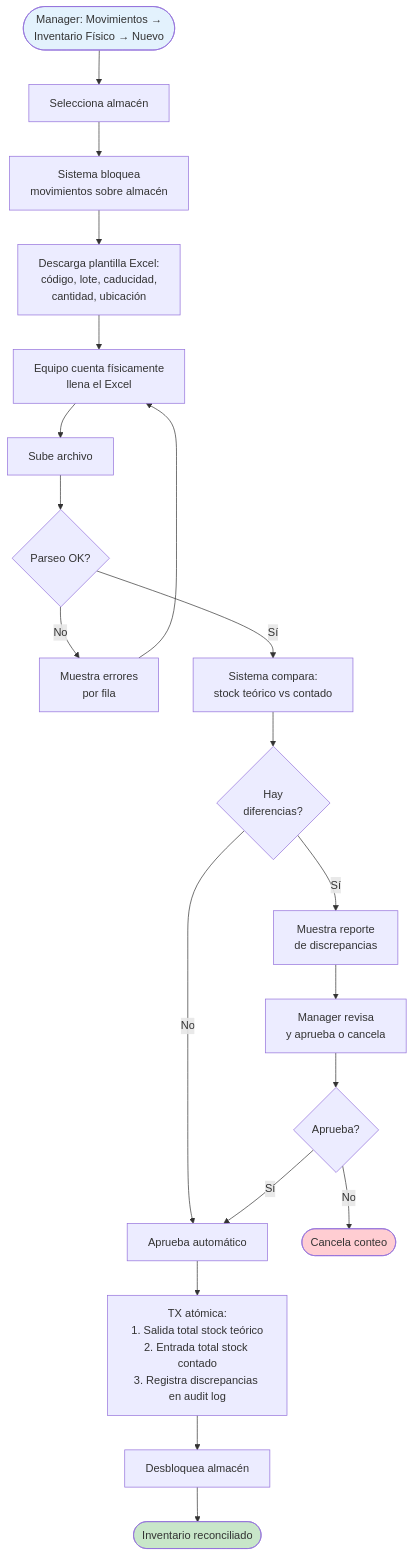
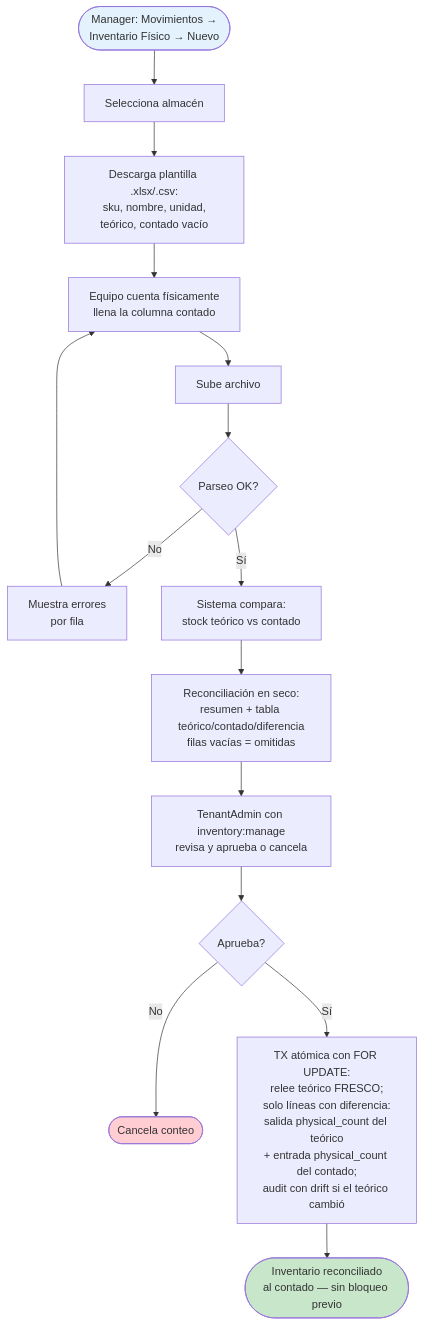
Before and after one commit to carloshlm/sellpoint: the tenth of 12 diagrams in FLUJOS.md, drawn with Mermaid. The commit also changed other lines of this file and 4 other files, not shown here.

Commit message:
docs: atomiza la fase 3 — movimientos de inventario

````diff
--- a/FLUJOS.md
+++ b/FLUJOS.md
@@ -433,29 +429,23 @@
 ```mermaid
 flowchart TD
     Start([Manager: Movimientos →<br/>Inventario Físico → Nuevo]) --> SelWh[Selecciona almacén]
-    SelWh --> Lock[Sistema bloquea<br/>movimientos sobre almacén]
-    Lock --> Template[Descarga plantilla Excel:<br/>código, lote, caducidad,<br/>cantidad, ubicación]
-    Template --> Count[Equipo cuenta físicamente<br/>llena el Excel]
+    SelWh --> Template[Descarga plantilla .xlsx/.csv:<br/>sku, nombre, unidad,<br/>teórico, contado vacío]
+    Template --> Count[Equipo cuenta físicamente<br/>llena la columna contado]
     Count --> Upload[Sube archivo]
 
     Upload --> ParseFile{Parseo OK?}
     ParseFile -->|No| Errors[Muestra errores<br/>por fila]
     Errors --> Count
     ParseFile -->|Sí| Reconcile[Sistema compara:<br/>stock teórico vs contado]
 
-    Reconcile --> Diff{Hay<br/>diferencias?}
-    Diff -->|No| AutoOk[Aprueba automático]
-    Diff -->|Sí| ShowReport[Muestra reporte<br/>de discrepancias]
-    ShowReport --> Review[Manager revisa<br/>y aprueba o cancela]
+    Reconcile --> ShowReport[Reconciliación en seco:<br/>resumen + tabla teórico/contado/diferencia<br/>filas vacías = omitidas]
+    ShowReport --> Review[TenantAdmin con inventory:manage<br/>revisa y aprueba o cancela]
     Review --> Approve{Aprueba?}
     Approve -->|No| Cancel([Cancela conteo])
-    Approve -->|Sí| AutoOk
-
-    AutoOk --> TX[TX atómica:<br/>1. Salida total stock teórico<br/>2. Entrada total stock contado<br/>3. Registra discrepancias en audit log]
-    TX --> Unlock[Desbloquea almacén]
-    Unlock --> Done([Inventario reconciliado])
+    Approve -->|Sí| TX[TX atómica con FOR UPDATE:<br/>relee teórico FRESCO;<br/>solo líneas con diferencia:<br/>salida physical_count del teórico<br/>+ entrada physical_count del contado;<br/>audit con drift si el teórico cambió]
+    TX --> Done([Inventario reconciliado<br/>al contado — sin bloqueo previo])
 
     style Start fill:#e3f2fd
     style Done fill:#c8e6c9
     style Cancel fill:#ffcdd2
 ```
````
